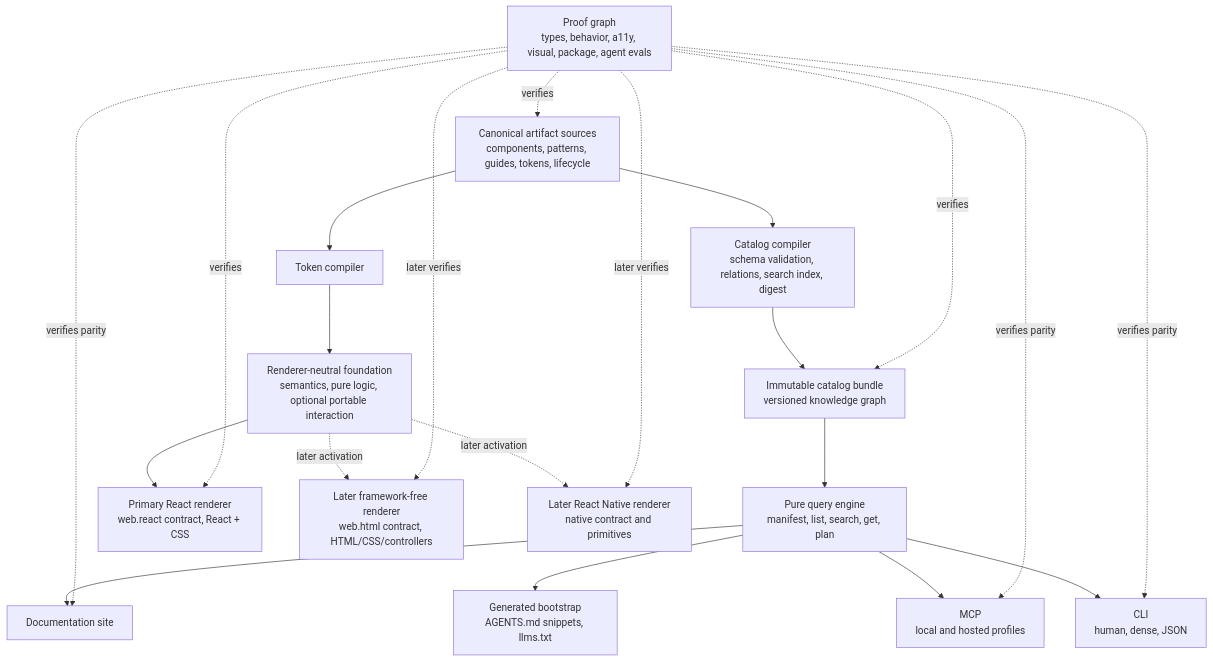
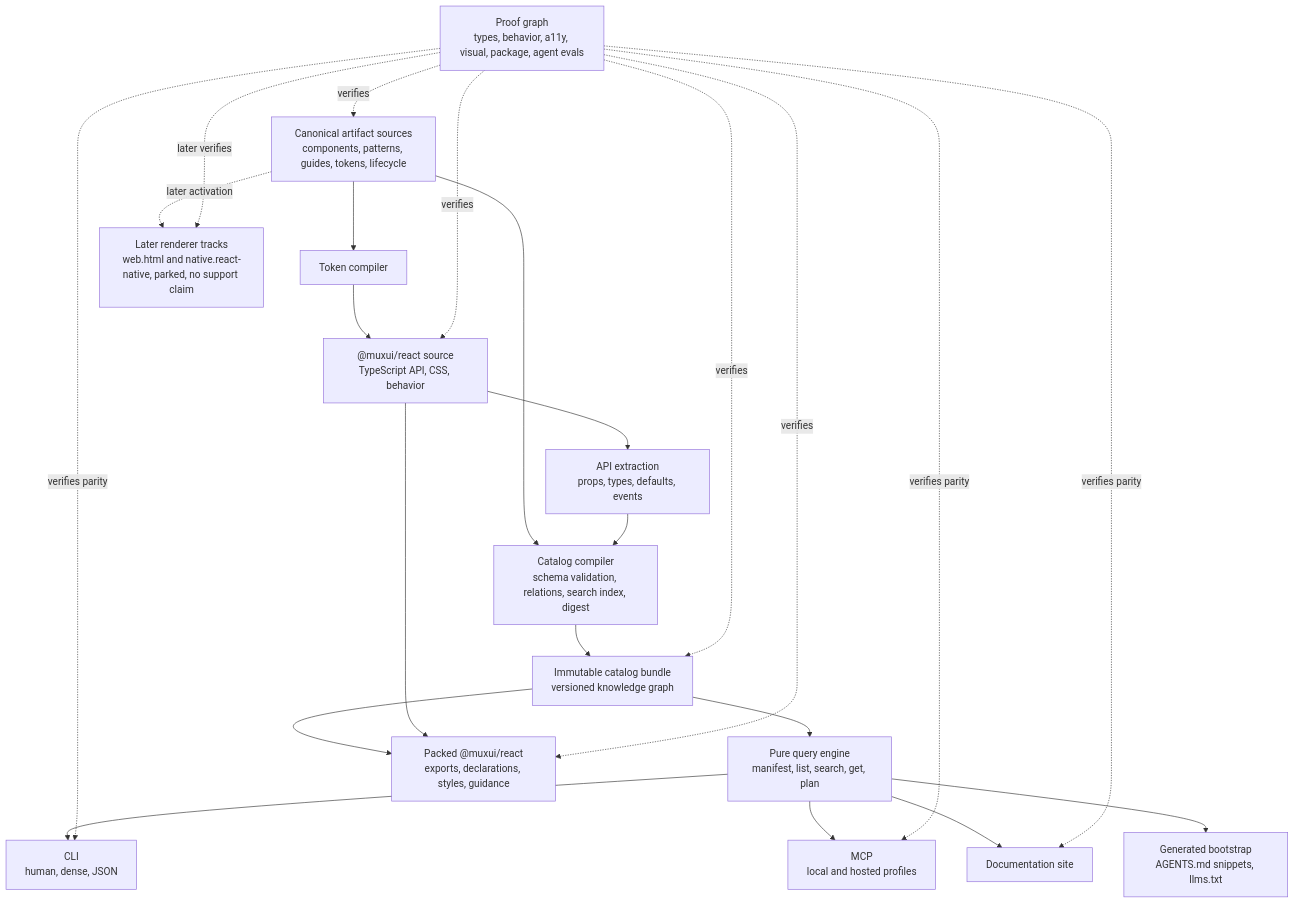
One commit to ndrewtran/muxui changed the first of 2 diagrams in strategy/monorepo-architecture.md. Above: the diagram before and after it, drawn with Mermaid. The commit also changed other lines of this file and 3 other files, not shown here.

First line of the commit message:
docs(decisions): let React own its API and CSS contract and park the unused renderer scaffolds (Decision 0031) (#284)

````diff
--- a/strategy/monorepo-architecture.md
+++ b/strategy/monorepo-architecture.md
@@ -170,39 +175,39 @@
 ```mermaid
 flowchart TD
   sources["Canonical artifact sources\ncomponents, patterns, guides, tokens, lifecycle"]
+  tokens["Token compiler"]
+  react["@muxui/react source\nTypeScript API, CSS, behavior"]
+  extract["API extraction\nprops, types, defaults, events"]
   compiler["Catalog compiler\nschema validation, relations, search index, digest"]
   catalog["Immutable catalog bundle\nversioned knowledge graph"]
   query["Pure query engine\nmanifest, list, search, get, plan"]
-
-  tokens["Token compiler"]
-  foundation["Renderer-neutral foundation\nsemantics, pure logic, optional portable interaction"]
-  react["Primary React renderer\nweb.react contract, React + CSS"]
-  web["Later framework-free renderer\nweb.html contract, HTML/CSS/controllers"]
-  native["Later React Native renderer\nnative contract and primitives"]
+  package["Packed @muxui/react\nexports, declarations, styles, guidance"]
+  later["Later renderer tracks\nweb.html and native.react-native, parked, no support claim"]
 
   cli["CLI\nhuman, dense, JSON"]
   mcp["MCP\nlocal and hosted profiles"]
   site["Documentation site"]
   context["Generated bootstrap\nAGENTS.md snippets, llms.txt"]
   proof["Proof graph\ntypes, behavior, a11y, visual, package, agent evals"]
 
   sources --> compiler --> catalog --> query
-  sources --> tokens --> foundation
-  foundation --> react
-  foundation -. later activation .-> web
-  foundation -. later activation .-> native
+  sources --> tokens --> react
+  react --> extract --> compiler
+  catalog --> package
+  react --> package
+  sources -. later activation .-> later
 
   query --> cli
   query --> mcp
   query --> site
   query --> context
 
   proof -. verifies .-> sources
   proof -. verifies .-> catalog
   proof -. verifies .-> react
-  proof -. later verifies .-> web
-  proof -. later verifies .-> native
+  proof -. verifies .-> package
+  proof -. later verifies .-> later
   proof -. verifies parity .-> cli
   proof -. verifies parity .-> mcp
   proof -. verifies parity .-> site
 ```
````
